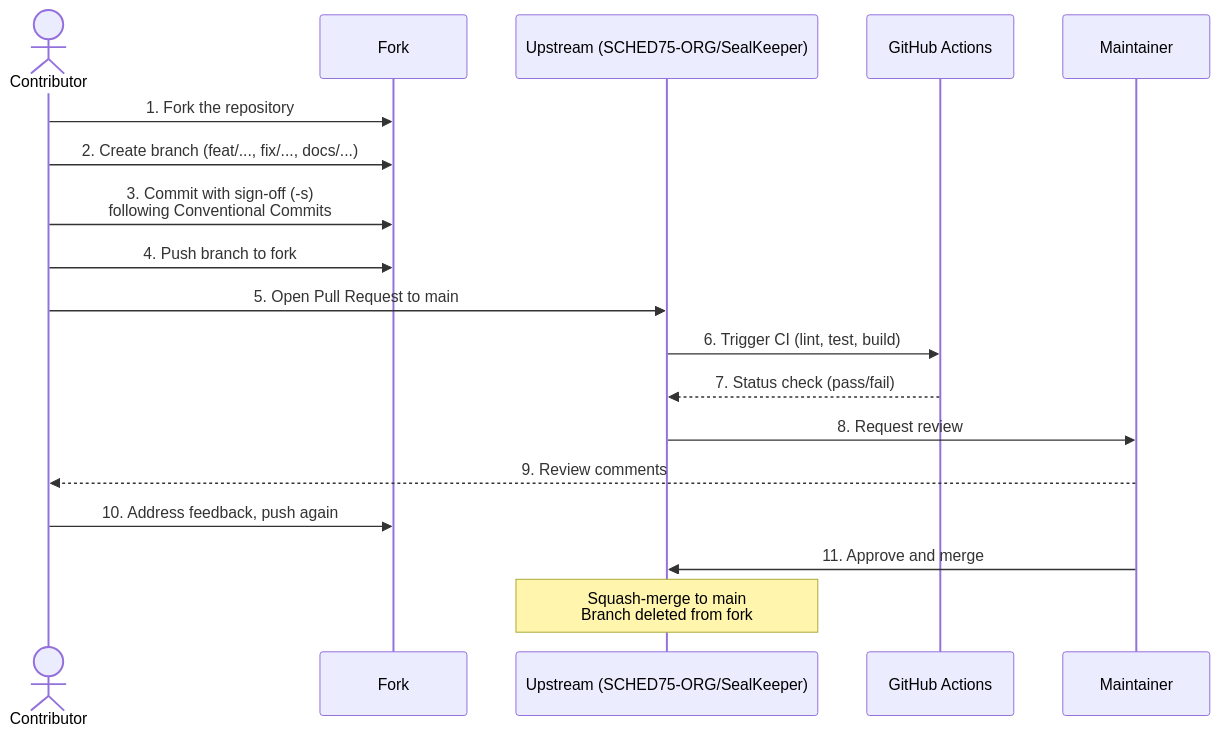
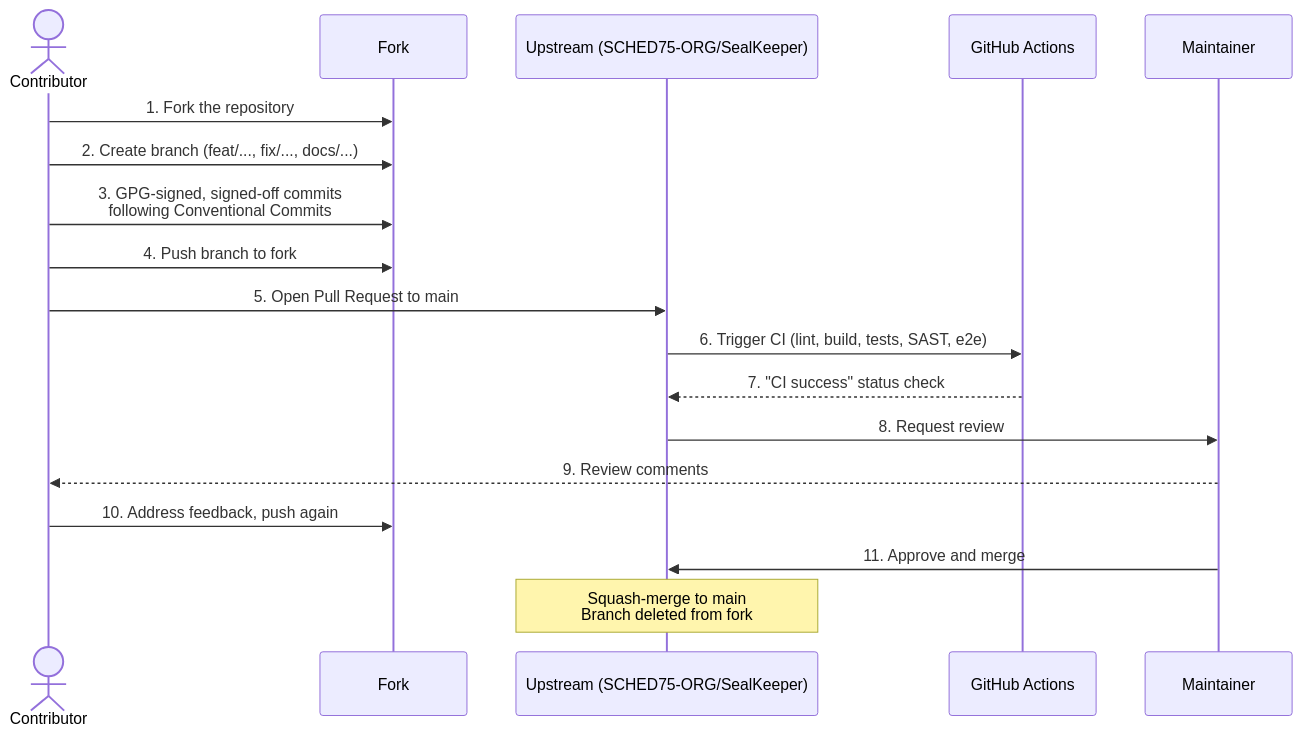
Before and after one commit to SCHED75-ORG/SealKeeper: the first of 2 diagrams in CONTRIBUTING.md, drawn with Mermaid. The commit also changed other lines of this file and 18 other files, not shown here.

````diff
--- a/CONTRIBUTING.md
+++ b/CONTRIBUTING.md
@@ -29,21 +33,21 @@
 ```mermaid
 sequenceDiagram
     actor C as Contributor
     participant F as Fork
     participant U as Upstream (SCHED75-ORG/SealKeeper)
     participant CI as GitHub Actions
     participant M as Maintainer
 
     C->>F: 1. Fork the repository
     C->>F: 2. Create branch (feat/..., fix/..., docs/...)
-    C->>F: 3. Commit with sign-off (-s)<br/>following Conventional Commits
+    C->>F: 3. GPG-signed, signed-off commits<br/>following Conventional Commits
     C->>F: 4. Push branch to fork
     C->>U: 5. Open Pull Request to main
-    U->>CI: 6. Trigger CI (lint, test, build)
-    CI-->>U: 7. Status check (pass/fail)
+    U->>CI: 6. Trigger CI (lint, build, tests, SAST, e2e)
+    CI-->>U: 7. "CI success" status check
     U->>M: 8. Request review
     M-->>C: 9. Review comments
     C->>F: 10. Address feedback, push again
     M->>U: 11. Approve and merge
     Note over U: Squash-merge to main<br/>Branch deleted from fork
 ```
````
